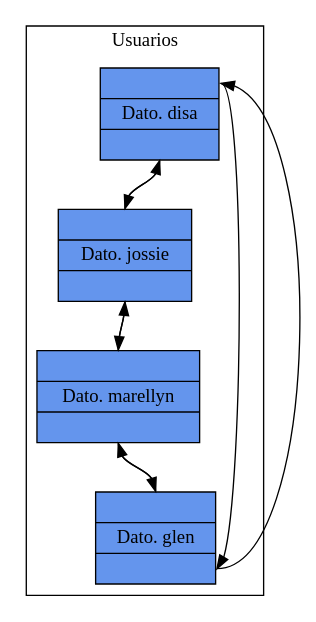
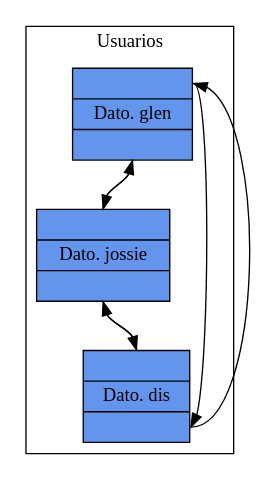
The diagram in Scrabble/EDD_Practica1_201313692/Reportes/circular.dot (jossiebk/Practica1s12017_201313692), drawn with Graphviz before and after one commit. The commit also changed 10 other files, not shown here.

```diff
--- a/Scrabble/EDD_Practica1_201313692/Reportes/circular.dot
+++ b/Scrabble/EDD_Practica1_201313692/Reportes/circular.dot
@@ -1,19 +1,16 @@
 digraph G {
 	node[shape=record]; 
 
 	subgraph clusterCDLL {
 
 label = "Usuarios";
 
-tn_cdll0[label = "{ <e> | Dato. disa| <p> }", style="filled", color="black", fillcolor="cornflowerblue"]; 
+tn_cdll0[label = "{ <e> | Dato. glen| <p> }", style="filled", color="black", fillcolor="cornflowerblue"]; 
 tn_cdll1[label = "{ <e> | Dato. jossie| <p> }", style="filled", color="black", fillcolor="cornflowerblue"]; 
 tn_cdll0:p -> tn_cdll1:e;
 tn_cdll1:e -> tn_cdll0:p;
-tn_cdll2[label = "{ <e> | Dato. marellyn| <p> }", style="filled", color="black", fillcolor="cornflowerblue"]; 
+tn_cdll2[label = "{ <e> | Dato. dis| <p> }", style="filled", color="black", fillcolor="cornflowerblue"]; 
 tn_cdll1:p -> tn_cdll2:e;
 tn_cdll2:e -> tn_cdll1:p;
-tn_cdll3[label = "{ <e> | Dato. glen| <p> }", style="filled", color="black", fillcolor="cornflowerblue"]; 
-tn_cdll2:p -> tn_cdll3:e;
-tn_cdll3:e -> tn_cdll2:p;
-tn_cdll0:e -> tn_cdll3:p;tn_cdll3:p -> tn_cdll0:e;	}
+tn_cdll0:e -> tn_cdll2:p;tn_cdll2:p -> tn_cdll0:e;	}
  }
```
